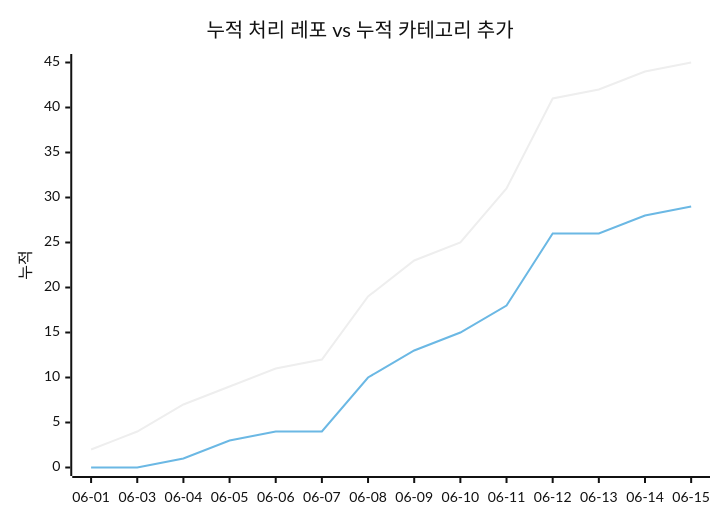
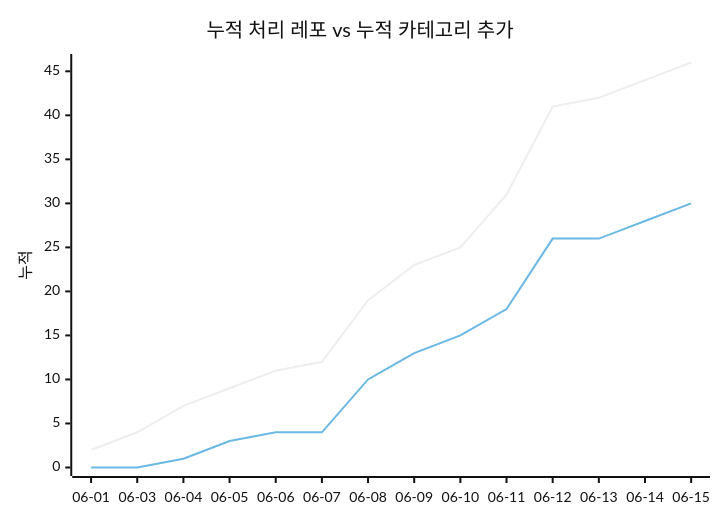
Before and after one commit to J-nowcow/awesome-korean-agent-skills: the second of 2 diagrams in docs/trends.md, drawn with Mermaid (neutral theme). The commit also changed other lines of this file and 3 other files, not shown here.

````diff
--- a/docs/trends.md
+++ b/docs/trends.md
@@ -68,8 +68,8 @@
 ```mermaid
 xychart-beta
     title "누적 처리 레포 vs 누적 카테고리 추가"
     x-axis ["06-01","06-03","06-04","06-05","06-06","06-07","06-08","06-09","06-10","06-11","06-12","06-13","06-14","06-15"]
     y-axis "누적"
-    line [2,4,7,9,11,12,19,23,25,31,41,42,44,45]
-    line [0,0,1,3,4,4,10,13,15,18,26,26,28,29]
+    line [2,4,7,9,11,12,19,23,25,31,41,42,44,46]
+    line [0,0,1,3,4,4,10,13,15,18,26,26,28,30]
 ```
````
